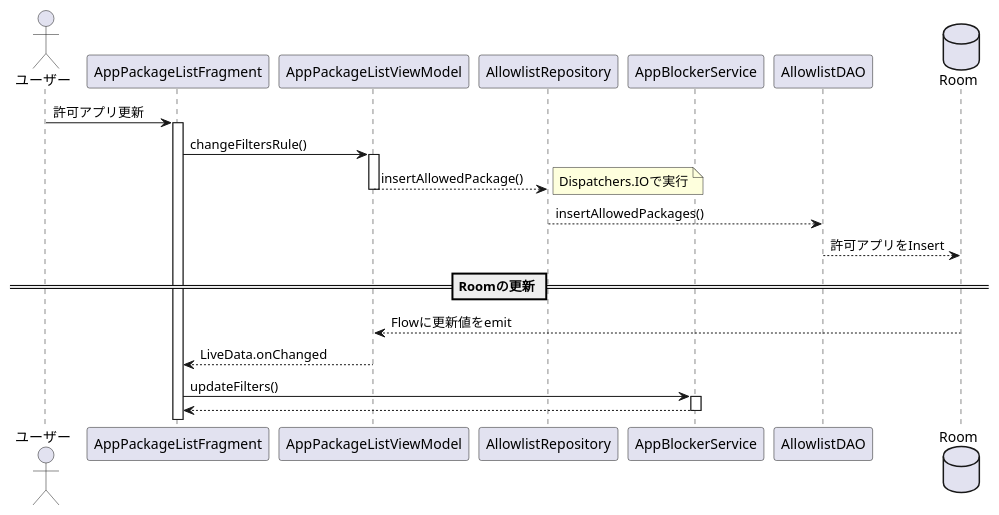
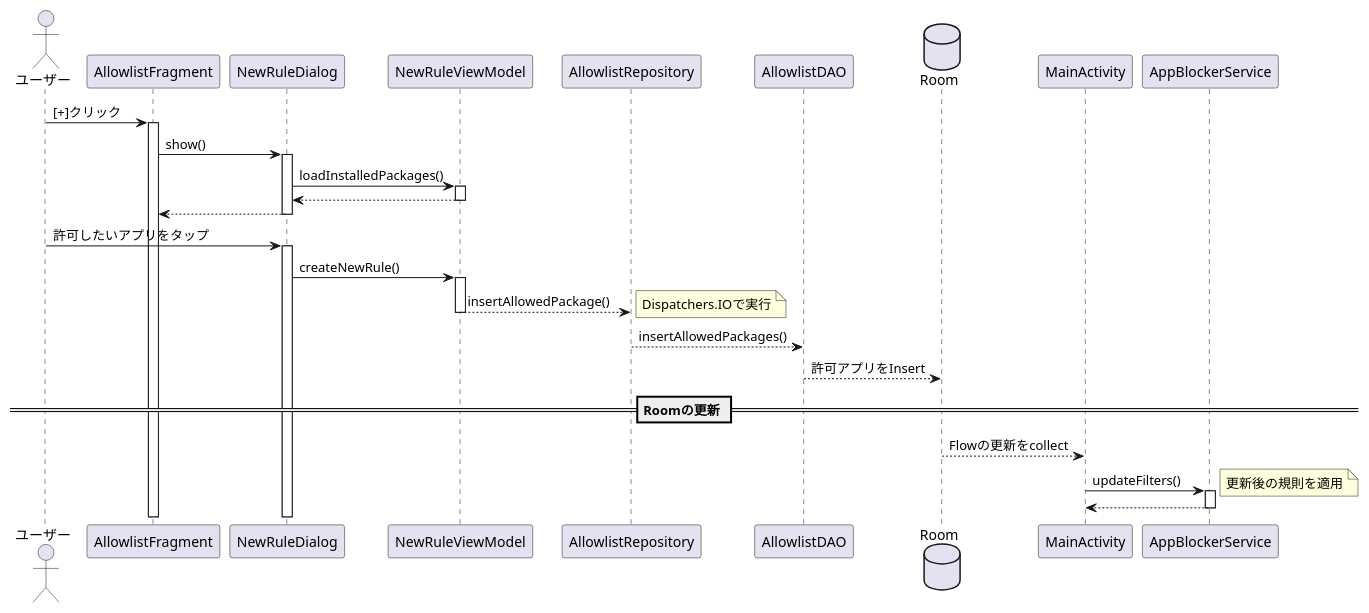
One commit to CASL0/simple_app_blocker changed the first of 2 diagrams in docs/sequence.md. Above: the diagram before and after it, drawn with PlantUML. The commit also changed other lines of this file, not shown here.

Commit message:
シーケンス図を更新

````diff
--- a/docs/sequence.md
+++ b/docs/sequence.md
@@ -5,23 +7,33 @@
 ```plantuml
 @startuml
 autoactivate on
 actor ユーザー as user
-participant AppPackageListFragment
-participant AppPackageListViewModel
+participant AllowlistFragment
+participant NewRuleDialog
+participant NewRuleViewModel
 participant AllowlistRepository
-participant AppBlockerService
 participant AllowlistDAO
 database Room
-user -> AppPackageListFragment : 許可アプリ更新
-AppPackageListFragment -> AppPackageListViewModel : changeFiltersRule()
-AppPackageListViewModel --> AllowlistRepository : insertAllowedPackage()
+participant MainActivity
+participant AppBlockerService
+
+user -> AllowlistFragment : [+]クリック
+AllowlistFragment -> NewRuleDialog : show()
+NewRuleDialog -> NewRuleViewModel : loadInstalledPackages()
+return
+return
+user -> NewRuleDialog : 許可したいアプリをタップ
+NewRuleDialog -> NewRuleViewModel : createNewRule()
+NewRuleViewModel --> AllowlistRepository : insertAllowedPackage()
 note right : Dispatchers.IOで実行
 AllowlistRepository --> AllowlistDAO : insertAllowedPackages()
 AllowlistDAO --> Room : 許可アプリをInsert
+
 == Roomの更新 ==
-AppPackageListViewModel <-- Room : Flowに更新値をemit
-AppPackageListFragment <-- AppPackageListViewModel : LiveData.onChanged
-AppPackageListFragment -> AppBlockerService : updateFilters()
+
+Room --> MainActivity : Flowの更新をcollect
+MainActivity -> AppBlockerService : updateFilters()
+note right : 更新後の規則を適用
 return
 @enduml
 ```
````
